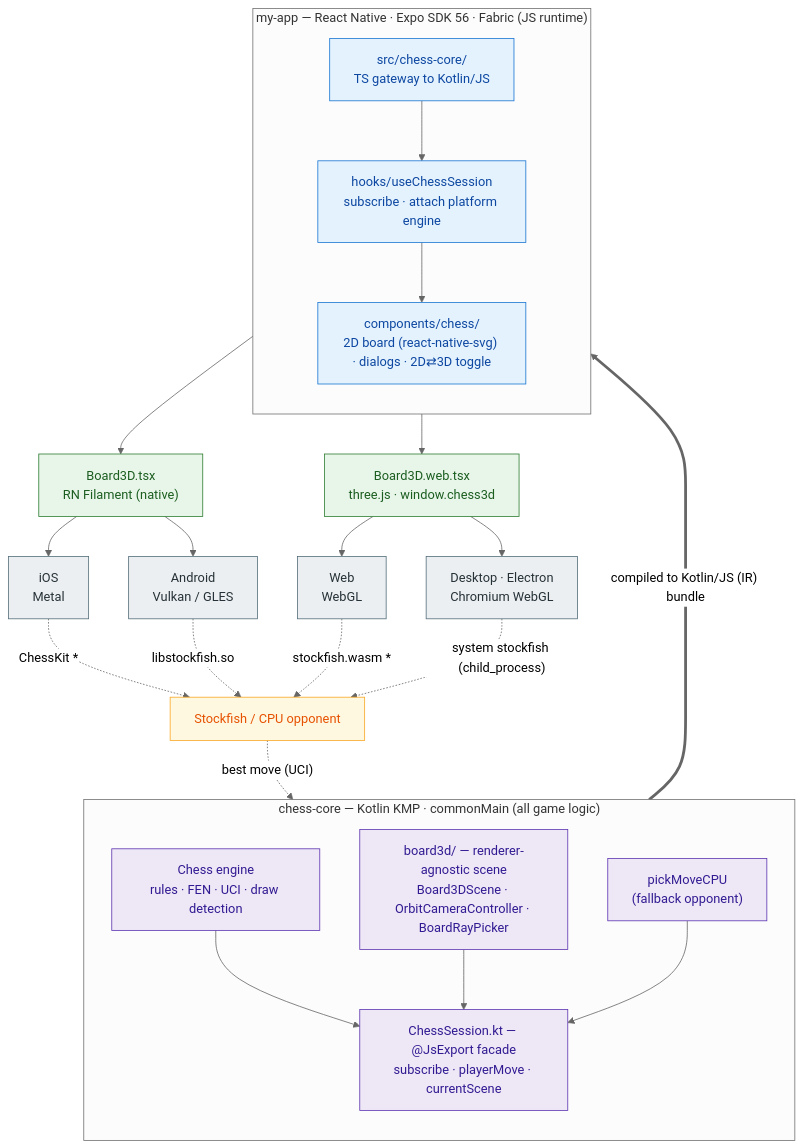
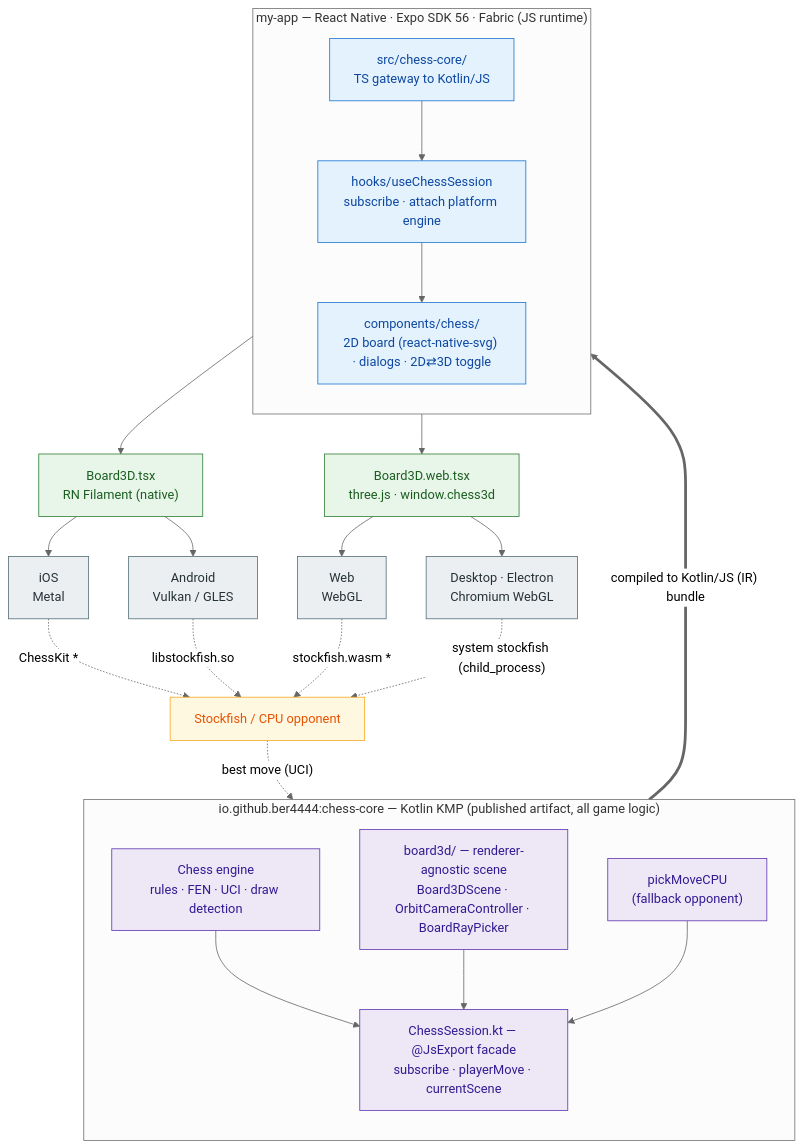
One commit to ber4444/react-native-kotlin-multiplatform-chess changed the diagram in README.md. Above: the diagram before and after it, drawn with Mermaid (neutral theme). The commit also changed other lines of this file, not shown here.

First line of the commit message:
docs: update README for the published Maven dep migration

````diff
--- a/README.md
+++ b/README.md
@@ -36,49 +39,49 @@
 ```mermaid
 flowchart TB
-    subgraph CORE["chess-core — Kotlin KMP · commonMain (all game logic)"]
+    subgraph CORE["io.github.ber4444:chess-core — Kotlin KMP (published artifact, all game logic)"]
         direction TB
         LOGIC["Chess engine<br/>rules · FEN · UCI · draw detection"]
         SCENE["board3d/ — renderer-agnostic scene<br/>Board3DScene · OrbitCameraController · BoardRayPicker"]
         CPU["pickMoveCPU<br/>(fallback opponent)"]
         FACADE["ChessSession.kt — @JsExport facade<br/>subscribe · playerMove · currentScene"]
         LOGIC --> FACADE
         SCENE --> FACADE
         CPU --> FACADE
     end
 
     FACADE ==>|"compiled to Kotlin/JS (IR) bundle"| GATEWAY
 
     subgraph APP["my-app — React Native · Expo SDK 56 · Fabric (JS runtime)"]
         direction TB
         GATEWAY["src/chess-core/<br/>TS gateway to Kotlin/JS"]
         HOOK["hooks/useChessSession<br/>subscribe · attach platform engine"]
         UI2D["components/chess/<br/>2D board (react-native-svg) · dialogs · 2D⇄3D toggle"]
         GATEWAY --> HOOK
         HOOK --> UI2D
     end
 
     HOOK --> B3D["Board3D.tsx<br/>RN Filament (native)"]
     HOOK --> B3DW["Board3D.web.tsx<br/>three.js · window.chess3d"]
 
     B3D --> IOS["iOS<br/>Metal"]
     B3D --> AND["Android<br/>Vulkan / GLES"]
     B3DW --> WEB["Web<br/>WebGL"]
     B3DW --> ELE["Desktop · Electron<br/>Chromium WebGL"]
 
     IOS -. "ChessKit *" .-> ENG
     AND -. "libstockfish.so" .-> ENG
     WEB -. "stockfish.wasm *" .-> ENG
     ELE -. "system stockfish (child_process)" .-> ENG
     ENG["Stockfish / CPU opponent"] -. "best move (UCI)" .-> FACADE
 
     classDef core fill:#ede7f6,stroke:#5e35b1,color:#311b92;
     classDef app fill:#e3f2fd,stroke:#1976d2,color:#0d47a1;
     classDef rend fill:#e8f5e9,stroke:#2e7d32,color:#1b5e20;
     classDef plat fill:#eceff1,stroke:#546e7a,color:#263238;
     classDef eng fill:#fff8e1,stroke:#f9a825,color:#e65100;
     class LOGIC,SCENE,CPU,FACADE core;
     class GATEWAY,HOOK,UI2D app;
     class B3D,B3DW rend;
     class IOS,AND,WEB,ELE plat;
     class ENG eng;
 ```
````
